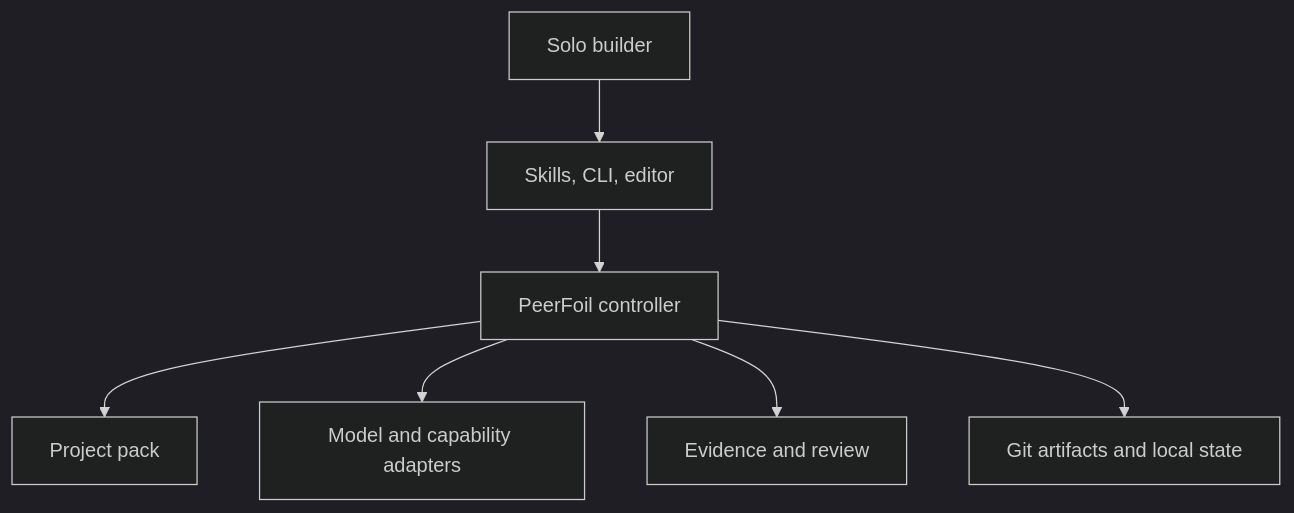
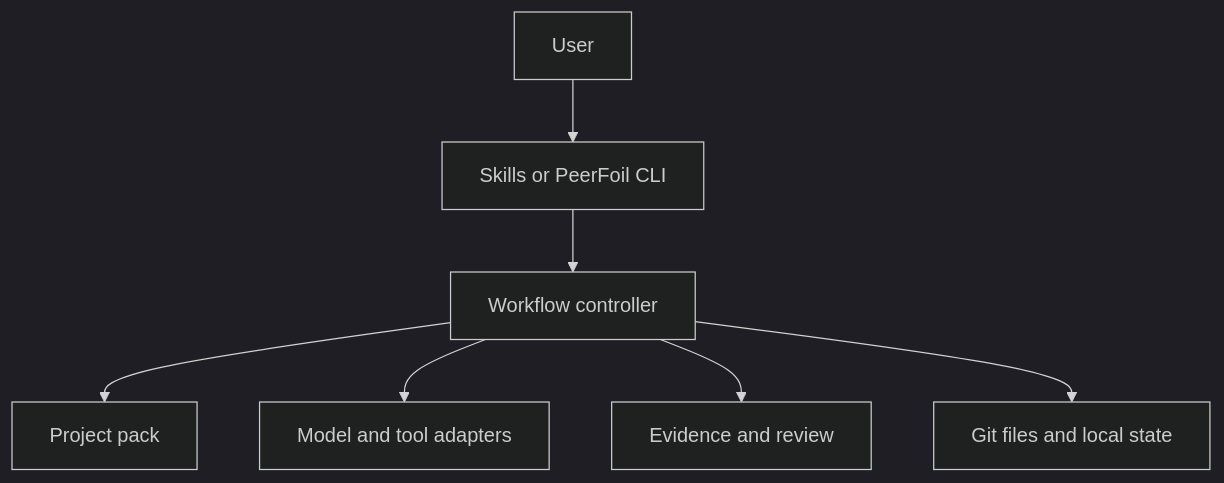
Before and after one commit to gabrielmongefranco/peerfoil: the first of 2 diagrams in docs/architecture.md, drawn with Mermaid (dark theme). The commit also changed other lines of this file and 9 other files, not shown here.

Commit message:
docs: rewrite PeerFoil for readers

````diff
--- a/docs/architecture.md
+++ b/docs/architecture.md
@@ -59,9 +57,9 @@
 ```mermaid
 flowchart TD
-    U["Solo builder"] --> X["Skills, CLI, editor"]
-    X --> C["PeerFoil controller"]
-    C --> K["Project pack"]
-    C --> M["Model and capability adapters"]
+    U["User"] --> S["Skills or PeerFoil CLI"]
+    S --> C["Workflow controller"]
+    C --> P["Project pack"]
+    C --> M["Model and tool adapters"]
     C --> E["Evidence and review"]
-    C --> G["Git artifacts and local state"]
+    C --> G["Git files and local state"]
 ```
````
